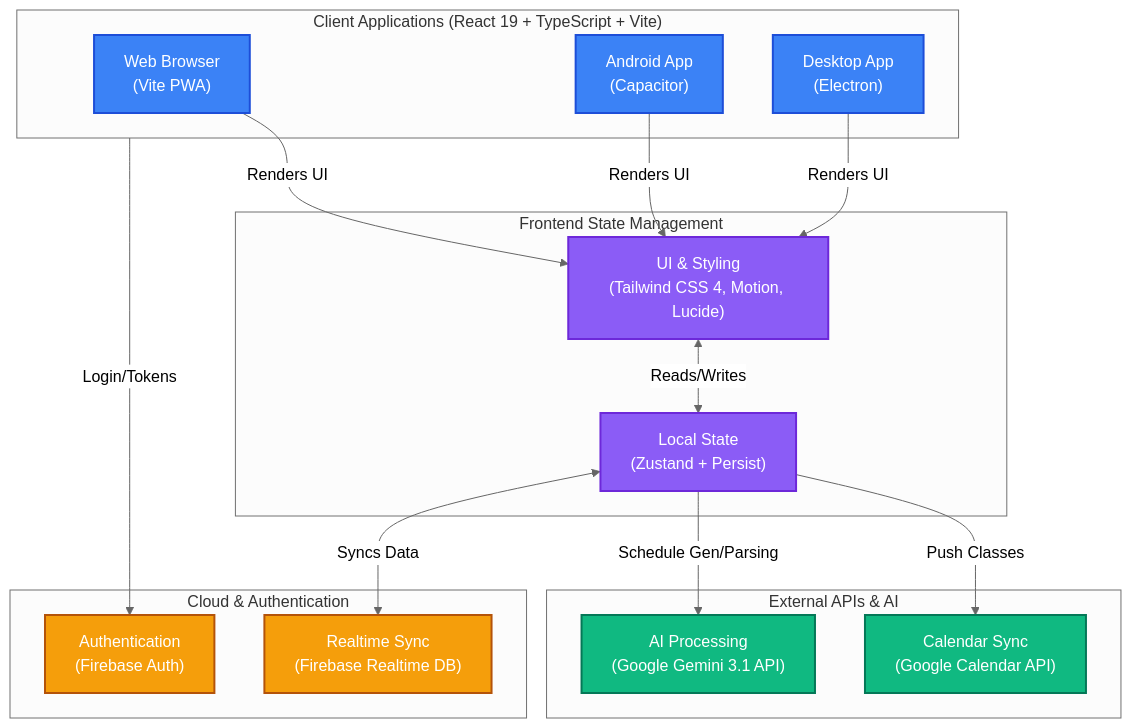
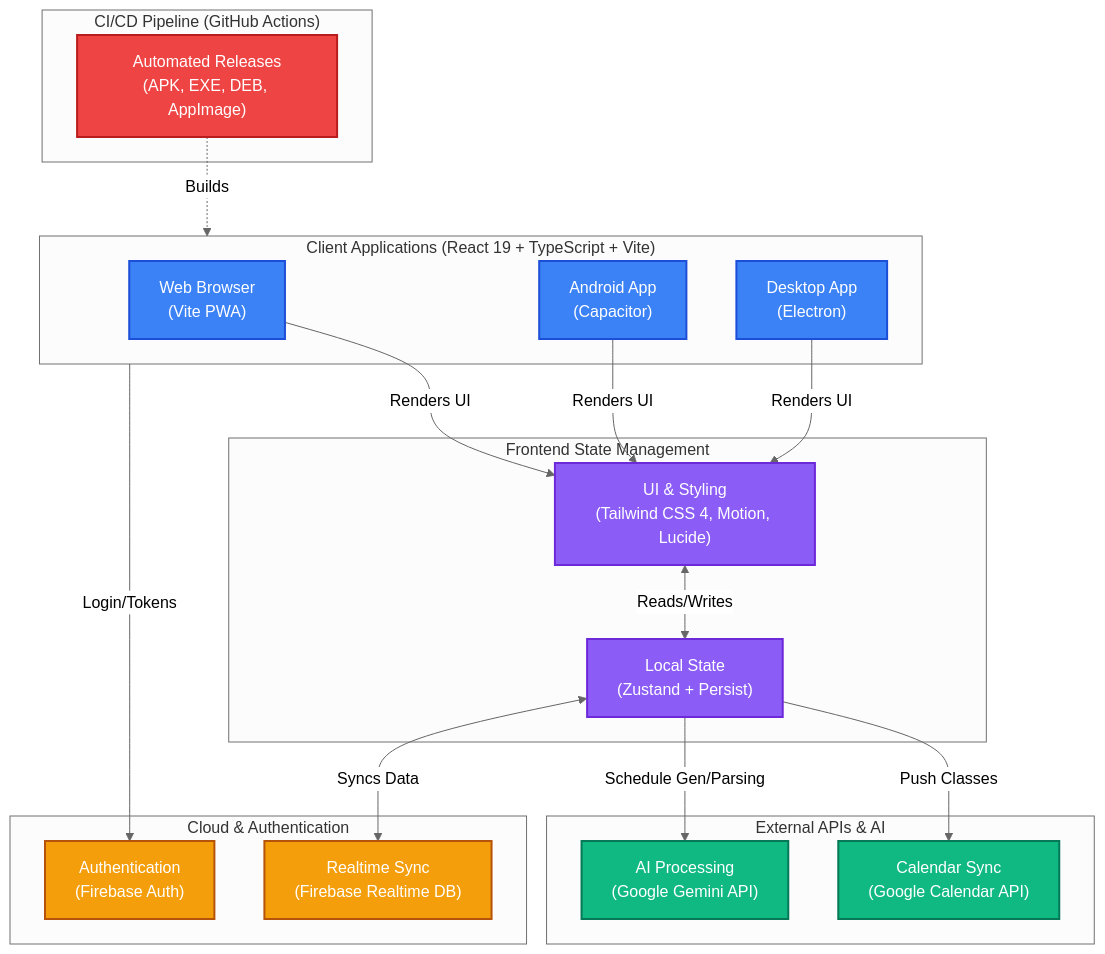
One commit to CODER-7777/Personal-Hub changed the second of 2 diagrams in README.md. Above: the diagram before and after it, drawn with Mermaid (neutral theme). The commit also changed other lines of this file, not shown here.

````diff
--- a/README.md
+++ b/README.md
@@ -84,47 +88,55 @@
 ```mermaid
 flowchart TB
     subgraph Clients["Client Applications (React 19 + TypeScript + Vite)"]
         Web[" Web Browser<br/>(Vite PWA)"]
         Android[" Android App<br/>(Capacitor)"]
         Desktop[" Desktop App<br/>(Electron)"]
     end
 
     subgraph State["Frontend State Management"]
         Zustand[" Local State<br/>(Zustand + Persist)"]
         Styling[" UI & Styling<br/>(Tailwind CSS 4, Motion, Lucide)"]
     end
 
     subgraph Backend["Cloud & Authentication"]
         Auth[" Authentication<br/>(Firebase Auth)"]
         DB[" Realtime Sync<br/>(Firebase Realtime DB)"]
     end
 
     subgraph ThirdParty["External APIs & AI"]
-        Gemini[" AI Processing<br/>(Google Gemini 3.1 API)"]
+        Gemini[" AI Processing<br/>(Google Gemini API)"]
         GCal[" Calendar Sync<br/>(Google Calendar API)"]
+    end
+
+    subgraph Pipeline["CI/CD Pipeline (GitHub Actions)"]
+        GH[" Automated Releases<br/>(APK, EXE, DEB, AppImage)"]
     end
 
     %% Client routing to state
     Web -->|Renders UI| Styling
     Android -->|Renders UI| Styling
     Desktop -->|Renders UI| Styling
 
     Styling <-->|Reads/Writes| Zustand
 
     %% State and direct client API connections
     Zustand <-->|Syncs Data| DB
     Clients -->|Login/Tokens| Auth
 
     Zustand -->|Schedule Gen/Parsing| Gemini
     Zustand -->|Push Classes| GCal
+    
+    GH -.->|Builds| Clients
 
     classDef client fill:#3b82f6,stroke:#1d4ed8,stroke-width:2px,color:#fff;
     classDef state fill:#8b5cf6,stroke:#6d28d9,stroke-width:2px,color:#fff;
     classDef cloud fill:#f59e0b,stroke:#b45309,stroke-width:2px,color:#fff;
     classDef api fill:#10b981,stroke:#047857,stroke-width:2px,color:#fff;
+    classDef ci fill:#ef4444,stroke:#b91c1c,stroke-width:2px,color:#fff;
 
     class Web,Android,Desktop client;
     class Zustand,Styling state;
     class Auth,DB cloud;
     class Gemini,GCal api;
+    class GH ci;
 ```
````
